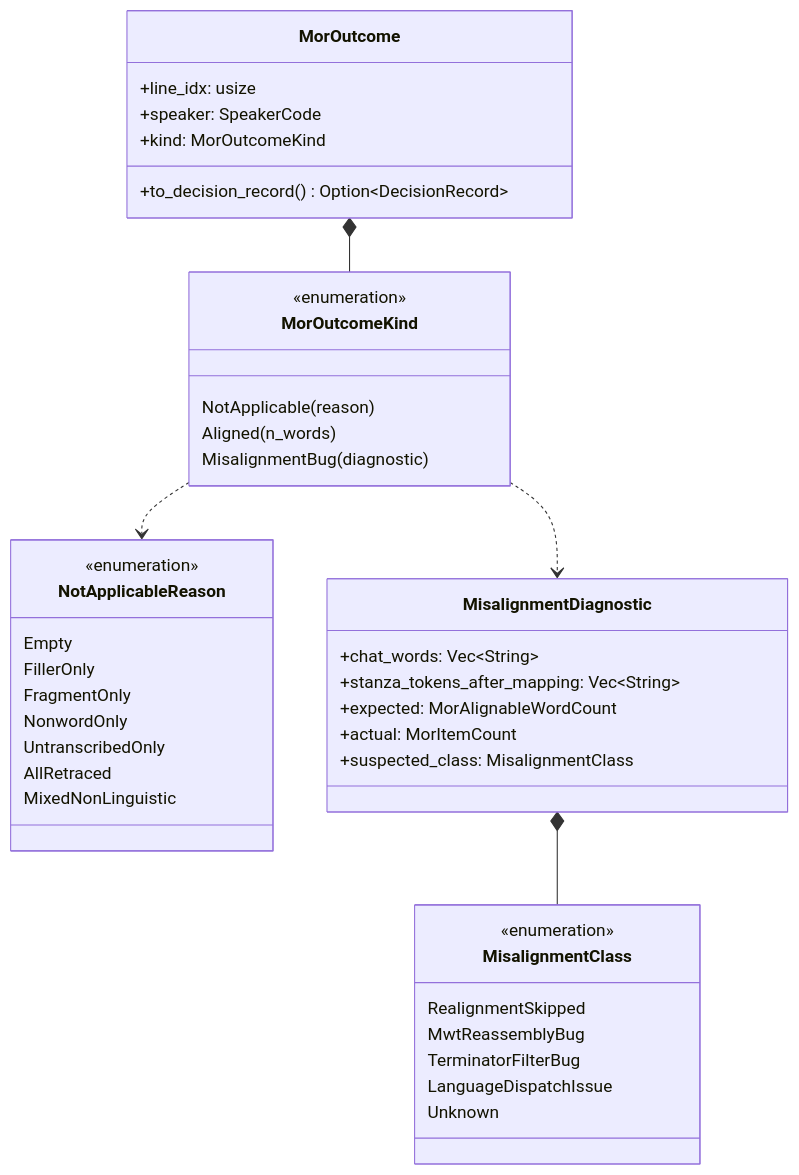
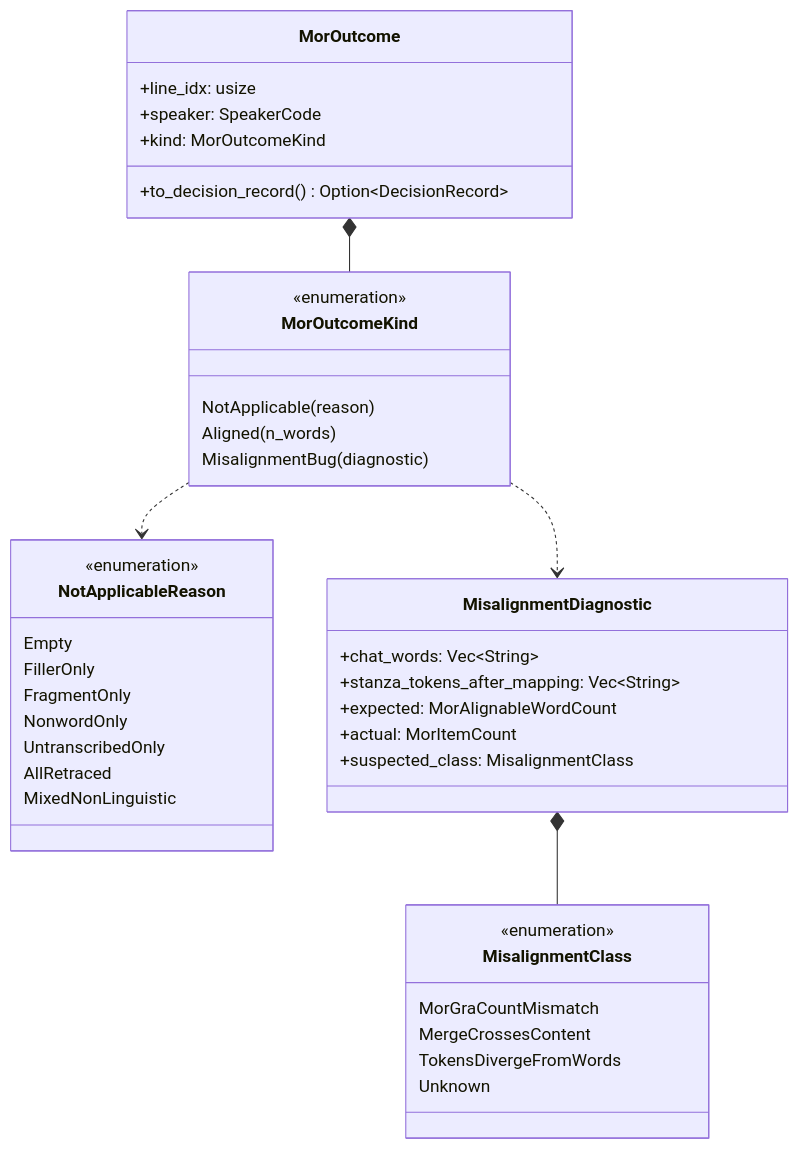
Before and after one commit to FranklinChen/talkbank-tools: the second of 9 diagrams in book/src/batchalign/architecture/pipeline-decisions.md, drawn with Mermaid. The commit also changed other lines of this file and 265 other files, not shown here.

````diff
--- a/book/src/batchalign/architecture/pipeline-decisions.md
+++ b/book/src/batchalign/architecture/pipeline-decisions.md
@@ -80,44 +80,43 @@
 ```mermaid
 classDiagram
     class MorOutcome {
         +line_idx: usize
         +speaker: SpeakerCode
         +kind: MorOutcomeKind
         +to_decision_record() Option~DecisionRecord~
     }
     class MorOutcomeKind {
         <<enumeration>>
         NotApplicable(reason)
         Aligned(n_words)
         MisalignmentBug(diagnostic)
     }
     class NotApplicableReason {
         <<enumeration>>
         Empty
         FillerOnly
         FragmentOnly
         NonwordOnly
         UntranscribedOnly
         AllRetraced
         MixedNonLinguistic
     }
     class MisalignmentDiagnostic {
         +chat_words: Vec~String~
         +stanza_tokens_after_mapping: Vec~String~
         +expected: MorAlignableWordCount
         +actual: MorItemCount
         +suspected_class: MisalignmentClass
     }
     class MisalignmentClass {
         <<enumeration>>
-        RealignmentSkipped
-        MwtReassemblyBug
-        TerminatorFilterBug
-        LanguageDispatchIssue
+        MorGraCountMismatch
+        MergeCrossesContent
+        TokensDivergeFromWords
         Unknown
     }
     MorOutcome *-- MorOutcomeKind
     MorOutcomeKind ..> NotApplicableReason
     MorOutcomeKind ..> MisalignmentDiagnostic
     MisalignmentDiagnostic *-- MisalignmentClass
 ```
````
